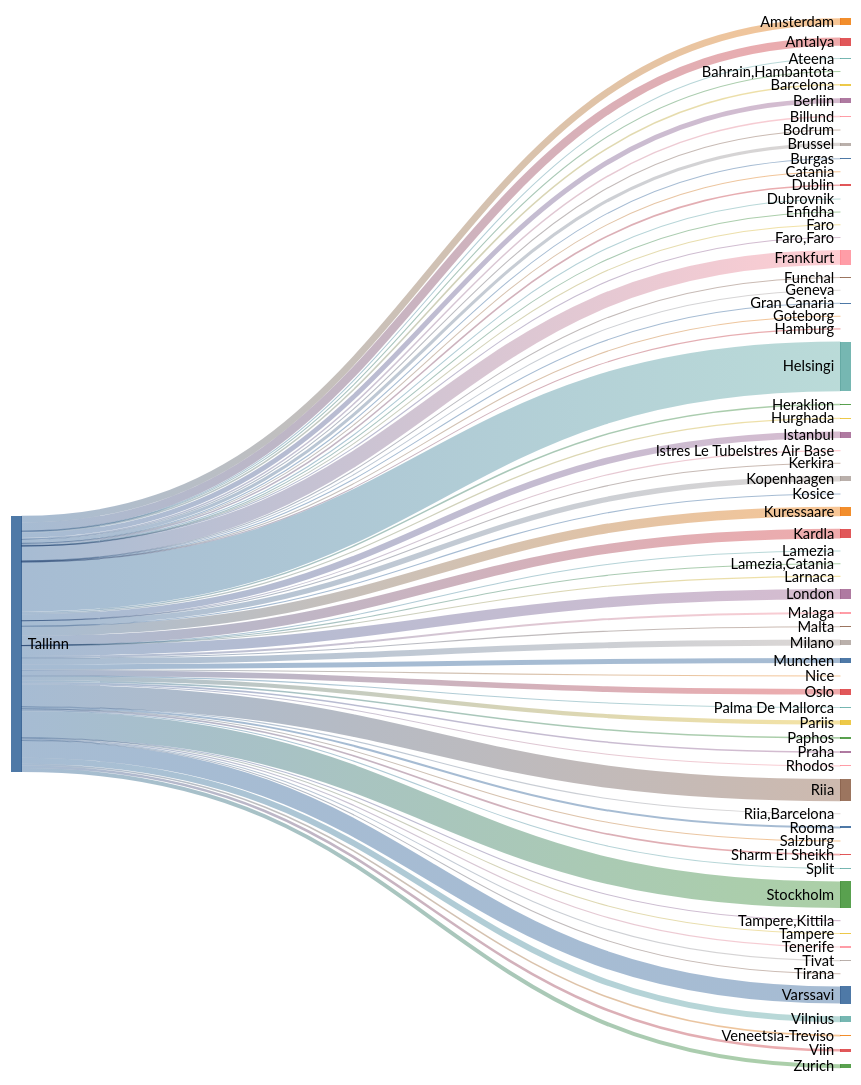
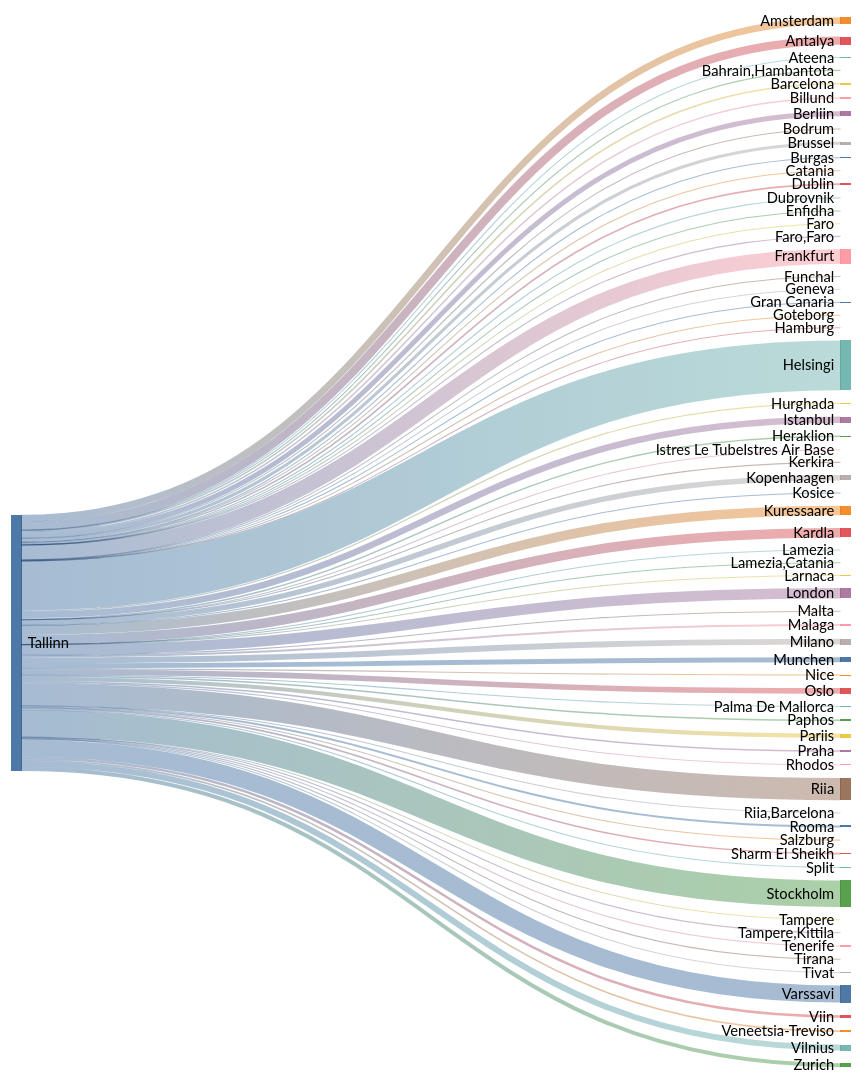
Before and after one commit to rainermesi/tll-airport-departures: the second of 2 diagrams in README.md, drawn with Mermaid (forest theme). The commit also changed other lines of this file, not shown here.

````diff
--- a/README.md
+++ b/README.md
@@ -34,77 +34,77 @@
 ```mermaid
 ---
 config:
   sankey:
     showValues: false
     width: 800
     height: 1000
 ---
 sankey-beta
 %% source,target,value
-Tallinn,Amsterdam,218
+Tallinn,Amsterdam,220
 Tallinn,Antalya,264
 Tallinn,Ateena,16
 Tallinn,"Bahrain,Hambantota",1
 Tallinn,Barcelona,51
 Tallinn,Berliin,158
 Tallinn,Billund,49
 Tallinn,Bodrum,11
-Tallinn,Brussel,101
+Tallinn,Brussel,102
 Tallinn,Burgas,21
 Tallinn,Catania,2
 Tallinn,Dublin,52
 Tallinn,Dubrovnik,21
 Tallinn,Enfidha,7
 Tallinn,Faro,4
 Tallinn,"Faro,Faro",1
-Tallinn,Frankfurt,475
+Tallinn,Frankfurt,478
 Tallinn,Funchal,5
 Tallinn,Geneva,5
 Tallinn,Gran Canaria,25
 Tallinn,Goteborg,1
 Tallinn,Hamburg,1
-Tallinn,Helsingi,1603
+Tallinn,Helsingi,1612
 Tallinn,Heraklion,46
-Tallinn,Hurghada,37
-Tallinn,Istanbul,209
+Tallinn,Hurghada,38
+Tallinn,Istanbul,210
 Tallinn,Istres Le TubeIstres Air Base,2
 Tallinn,Kerkira,4
-Tallinn,Kopenhaagen,175
+Tallinn,Kopenhaagen,176
 Tallinn,Kosice,1
-Tallinn,Kuressaare,309
-Tallinn,Kardla,309
+Tallinn,Kuressaare,311
+Tallinn,Kardla,311
 Tallinn,Lamezia,1
 Tallinn,"Lamezia,Catania",3
 Tallinn,Larnaca,4
-Tallinn,London,331
-Tallinn,Malaga,64
+Tallinn,London,333
+Tallinn,Malaga,65
 Tallinn,Malta,15
-Tallinn,Milano,192
+Tallinn,Milano,193
 Tallinn,Munchen,160
 Tallinn,Nice,25
 Tallinn,Oslo,180
 Tallinn,Palma De Mallorca,19
 Tallinn,Paphos,51
-Tallinn,Pariis,133
+Tallinn,Pariis,134
 Tallinn,Praha,49
 Tallinn,Rhodos,32
-Tallinn,Riia,716
+Tallinn,Riia,720
 Tallinn,"Riia,Barcelona",1
 Tallinn,Rooma,64
 Tallinn,Salzburg,6
 Tallinn,Sharm El Sheikh,53
 Tallinn,Split,25
-Tallinn,Stockholm,856
+Tallinn,Stockholm,858
 Tallinn,Tampere,17
 Tallinn,"Tampere,Kittila",6
 Tallinn,Tenerife,38
 Tallinn,Tirana,8
 Tallinn,Tivat,26
-Tallinn,Varssavi,554
+Tallinn,Varssavi,556
 Tallinn,Veneetsia-Treviso,52
 Tallinn,Viin,83
-Tallinn,Vilnius,193
-Tallinn,Zurich,129
+Tallinn,Vilnius,195
+Tallinn,Zurich,130
 
 
 ```
````
